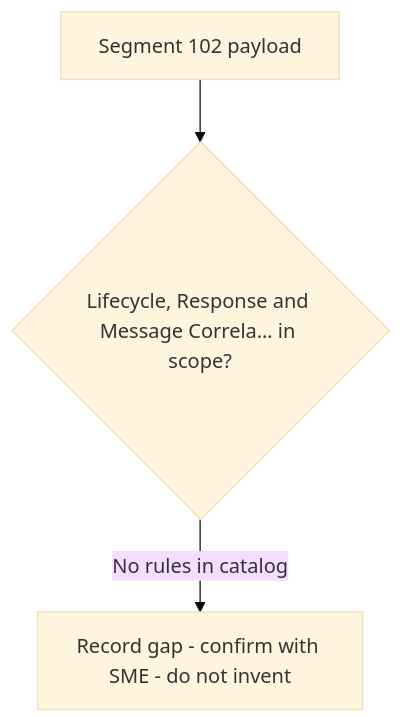
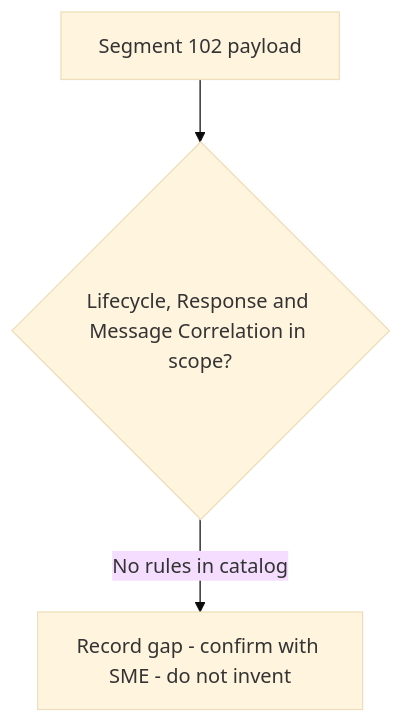
Before and after one commit to DhanSingh-hub/core-auth-ai-validation-framework: the diagram in regression-artifact-validator/specifications/ATL105/docs/specs/kb/segment-102/lifecycle-response-correlation-flow.md, drawn with Mermaid (base theme). The commit also changed 3 other files, not shown here.

First line of the commit message:
docs(segment-102): show full rule text in the flow diagrams

````diff
--- a/regression-artifact-validator/specifications/ATL105/docs/specs/kb/segment-102/lifecycle-response-correlation-flow.md
+++ b/regression-artifact-validator/specifications/ATL105/docs/specs/kb/segment-102/lifecycle-response-correlation-flow.md
@@ -3,5 +3,5 @@
 ```mermaid
 flowchart TD
-    A[Segment 102 payload] --> B{Lifecycle, Response and Message Correla… in scope?}
+    A[Segment 102 payload] --> B{Lifecycle, Response and Message Correlation in scope?}
     B -->|No rules in catalog| G[Record gap - confirm with SME - do not invent]
 ```
````
